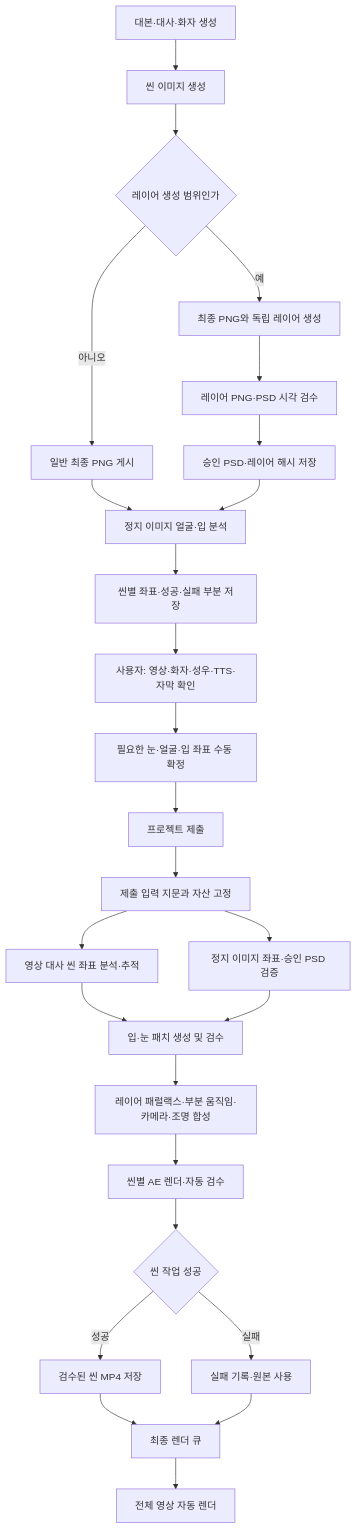
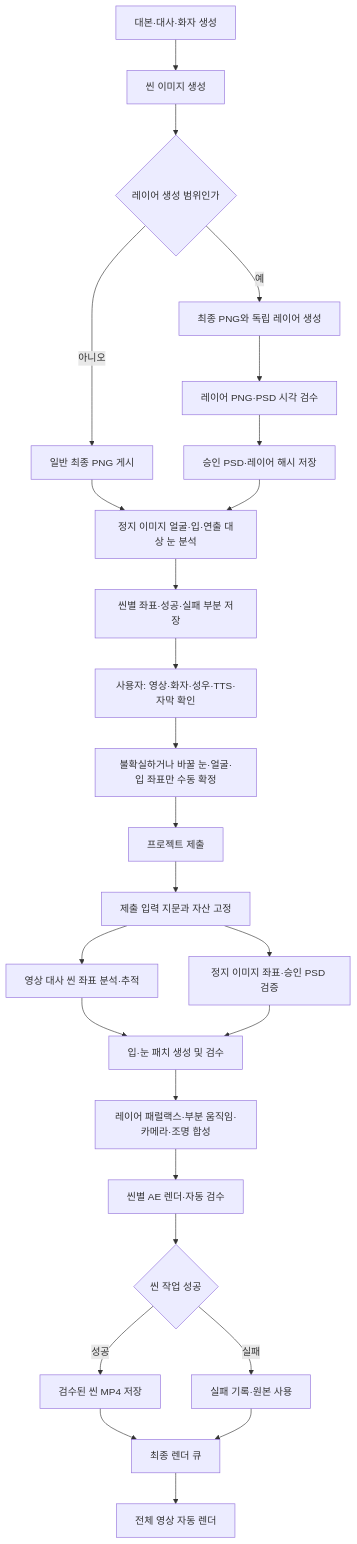
Before and after one commit to ibnetsoft/mytube: the diagram in docs/AIR_AUTOMATION_PIPELINE.md, drawn with Mermaid. The commit also changed other lines of this file and 13 other files, not shown here.

````diff
--- a/docs/AIR_AUTOMATION_PIPELINE.md
+++ b/docs/AIR_AUTOMATION_PIPELINE.md
@@ -36,28 +38,28 @@
 ```mermaid
 flowchart TD
     A[대본·대사·화자 생성] --> B[씬 이미지 생성]
     B --> C{레이어 생성 범위인가}
     C -- 아니오 --> D[일반 최종 PNG 게시]
     C -- 예 --> E[최종 PNG와 독립 레이어 생성]
     E --> F[레이어 PNG·PSD 시각 검수]
     F --> G[승인 PSD·레이어 해시 저장]
-    D --> H[정지 이미지 얼굴·입 분석]
+    D --> H[정지 이미지 얼굴·입·연출 대상 눈 분석]
     G --> H
     H --> I[씬별 좌표·성공·실패 부분 저장]
     I --> J[사용자: 영상·화자·성우·TTS·자막 확인]
-    J --> K[필요한 눈·얼굴·입 좌표 수동 확정]
+    J --> K[불확실하거나 바꿀 눈·얼굴·입 좌표만 수동 확정]
     K --> L[프로젝트 제출]
     L --> M[제출 입력 지문과 자산 고정]
     M --> N[영상 대사 씬 좌표 분석·추적]
     M --> O[정지 이미지 좌표·승인 PSD 검증]
     N --> P[입·눈 패치 생성 및 검수]
     O --> P
     P --> Q[레이어 패럴랙스·부분 움직임·카메라·조명 합성]
     Q --> R[씬별 AE 렌더·자동 검수]
     R --> S{씬 작업 성공}
     S -- 성공 --> T[검수된 씬 MP4 저장]
     S -- 실패 --> U[실패 기록·원본 사용]
     T --> V[최종 렌더 큐]
     U --> V
     V --> W[전체 영상 자동 렌더]
 ```
````
